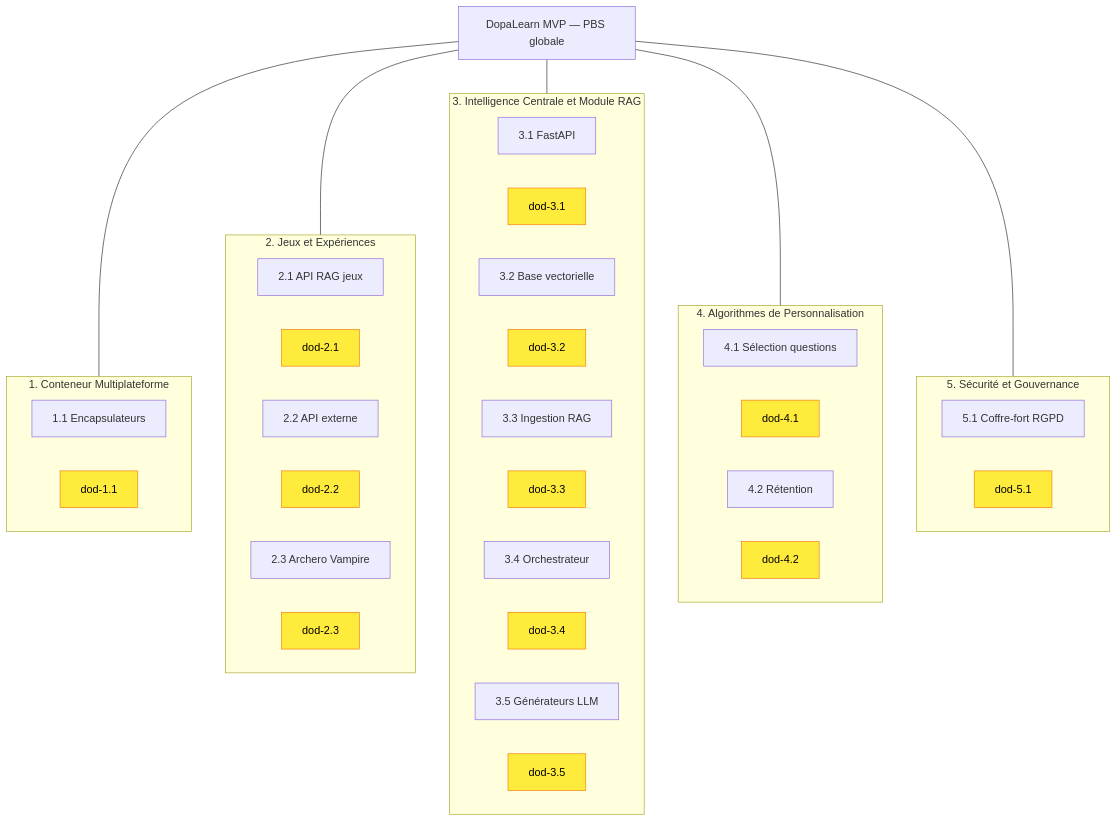
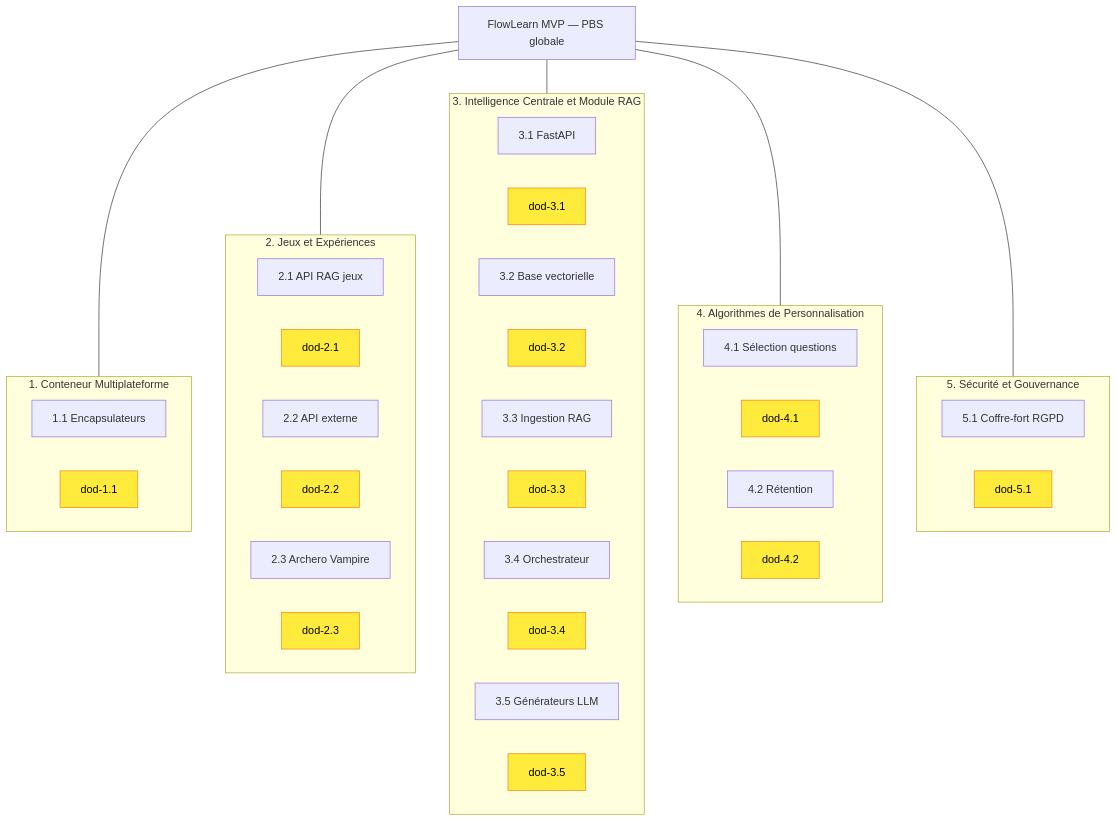
Before and after one commit to lucavdb06/flowlearn: the diagram in Projet/Document/3-a-revoir/mvp-pbs-dod/archives/pbs-globale.md, drawn with Mermaid. The commit also changed other lines of this file and 36 other files, not shown here.

Commit message:
refactor: update product name from DopaLearn to FlowLearn across multiple documents and adjust HTML structure for consistency

````diff
--- a/Projet/Document/3-a-revoir/mvp-pbs-dod/archives/pbs-globale.md
+++ b/Projet/Document/3-a-revoir/mvp-pbs-dod/archives/pbs-globale.md
@@ -5,57 +5,57 @@
 ```mermaid
 flowchart TB
-  PBS["DopaLearn MVP — PBS globale"]
+  PBS["FlowLearn MVP — PBS globale"]
 
   PBS --- S1
   PBS --- S2
   PBS --- S3
   PBS --- S4
   PBS --- S5
 
   subgraph S1["1. Conteneur Multiplateforme"]
     direction LR
     s1_1[1.1 Encapsulateurs]
     s1_dod[dod-1.1]
   end
 
   subgraph S2["2. Jeux et Expériences"]
     direction LR
     s2_1[2.1 API RAG jeux]
     s2_d1[dod-2.1]
     s2_2[2.2 API externe]
     s2_d2[dod-2.2]
     s2_3[2.3 Archero Vampire]
     s2_d3[dod-2.3]
   end
 
   subgraph S3["3. Intelligence Centrale et Module RAG"]
     direction LR
     s3_1[3.1 FastAPI]
     s3_d1[dod-3.1]
     s3_2[3.2 Base vectorielle]
     s3_d2[dod-3.2]
     s3_3[3.3 Ingestion RAG]
     s3_d3[dod-3.3]
     s3_4[3.4 Orchestrateur]
     s3_d4[dod-3.4]
     s3_5[3.5 Générateurs LLM]
     s3_d5[dod-3.5]
   end
 
   subgraph S4["4. Algorithmes de Personnalisation"]
     direction LR
     s4_1[4.1 Sélection questions]
     s4_d1[dod-4.1]
     s4_2[4.2 Rétention]
     s4_d2[dod-4.2]
   end
 
   subgraph S5["5. Sécurité et Gouvernance"]
     direction LR
     s5_1[5.1 Coffre-fort RGPD]
     s5_d1[dod-5.1]
   end
 
   classDef yellow fill:#ffeb3b,stroke:#f57f17,color:#000
   class s1_dod,s2_d1,s2_d2,s2_d3,s3_d1,s3_d2,s3_d3,s3_d4,s3_d5,s4_d1,s4_d2,s5_d1 yellow
 ```
````
